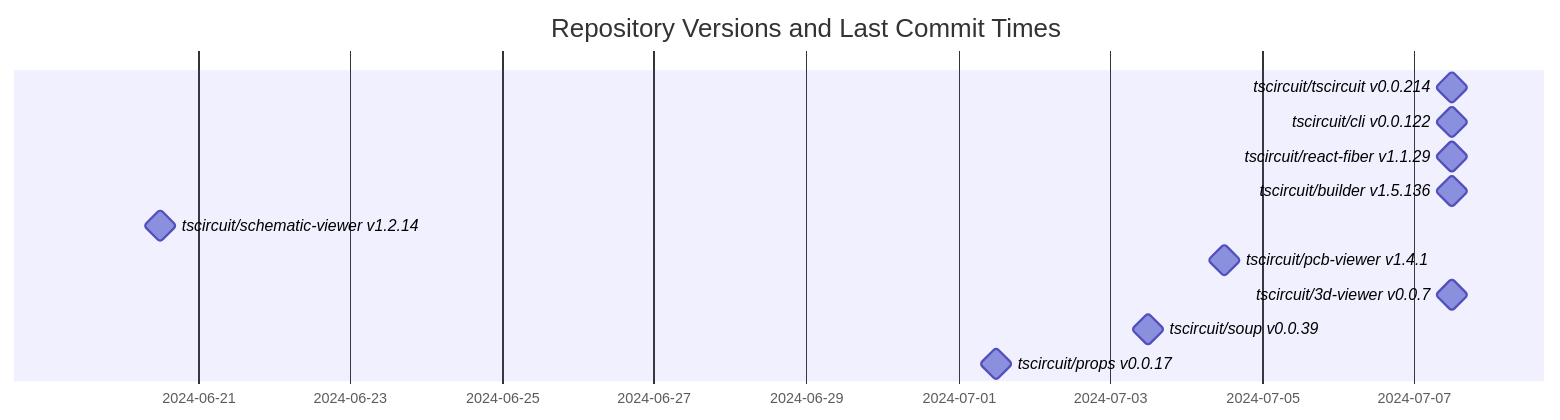
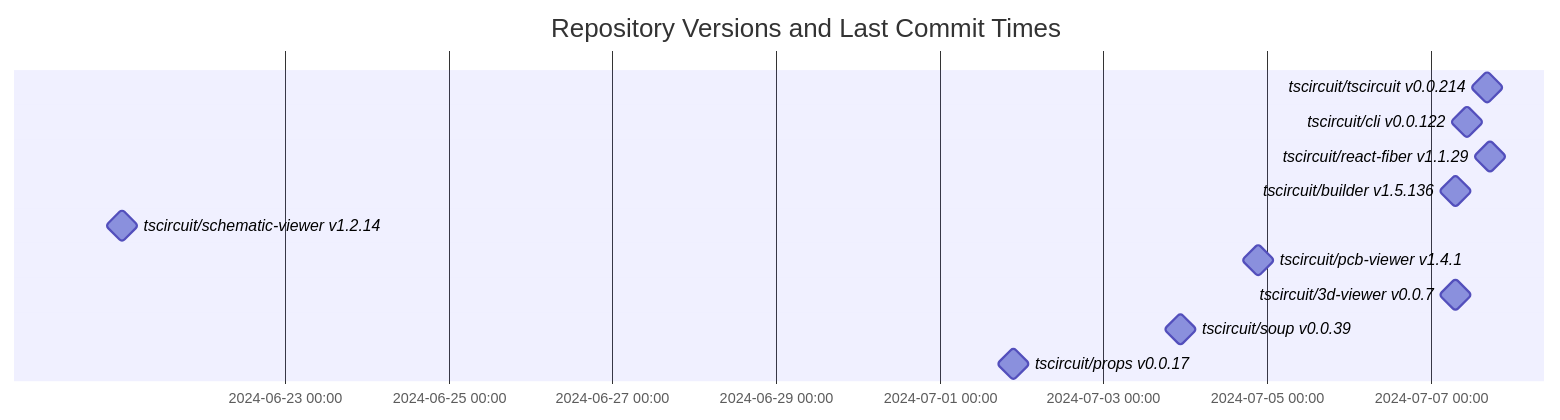
The diagram in README.md (tscircuit/version-tracker), drawn with Mermaid before and after one commit. The commit also changed 1 other file, not shown here.

Commit message:
add exact commit time

````diff
--- a/README.md
+++ b/README.md
@@ -1,15 +1,16 @@
 ```mermaid
 gantt
-  dateFormat  YYYY-MM-DD
+  dateFormat  YYYY-MM-DD HH:mm:ss
   title Repository Versions and Last Commit Times
+  axisFormat %Y-%m-%d %H:%M
 
-  tscircuit/tscircuit v0.0.214 : milestone, 2024-07-07, 1d
-  tscircuit/cli v0.0.122 : milestone, 2024-07-07, 1d
-  tscircuit/react-fiber v1.1.29 : milestone, 2024-07-07, 1d
-  tscircuit/builder v1.5.136 : milestone, 2024-07-07, 1d
-  tscircuit/schematic-viewer v1.2.14 : milestone, 2024-06-20, 1d
-  tscircuit/pcb-viewer v1.4.1 : milestone, 2024-07-04, 1d
-  tscircuit/3d-viewer v0.0.7 : milestone, 2024-07-07, 1d
-  tscircuit/soup v0.0.39 : milestone, 2024-07-03, 1d
-  tscircuit/props v0.0.17 : milestone, 2024-07-01, 1d
+  tscircuit/tscircuit v0.0.214 : milestone, 2024-07-07 16:23:38, 1s
+  tscircuit/cli v0.0.122 : milestone, 2024-07-07 10:48:24, 1s
+  tscircuit/react-fiber v1.1.29 : milestone, 2024-07-07 17:23:26, 1s
+  tscircuit/builder v1.5.136 : milestone, 2024-07-07 07:13:19, 1s
+  tscircuit/schematic-viewer v1.2.14 : milestone, 2024-06-21 00:20:24, 1s
+  tscircuit/pcb-viewer v1.4.1 : milestone, 2024-07-04 21:31:51, 1s
+  tscircuit/3d-viewer v0.0.7 : milestone, 2024-07-07 07:13:23, 1s
+  tscircuit/soup v0.0.39 : milestone, 2024-07-03 22:27:43, 1s
+  tscircuit/props v0.0.17 : milestone, 2024-07-01 21:50:17, 1s
 ```
````
